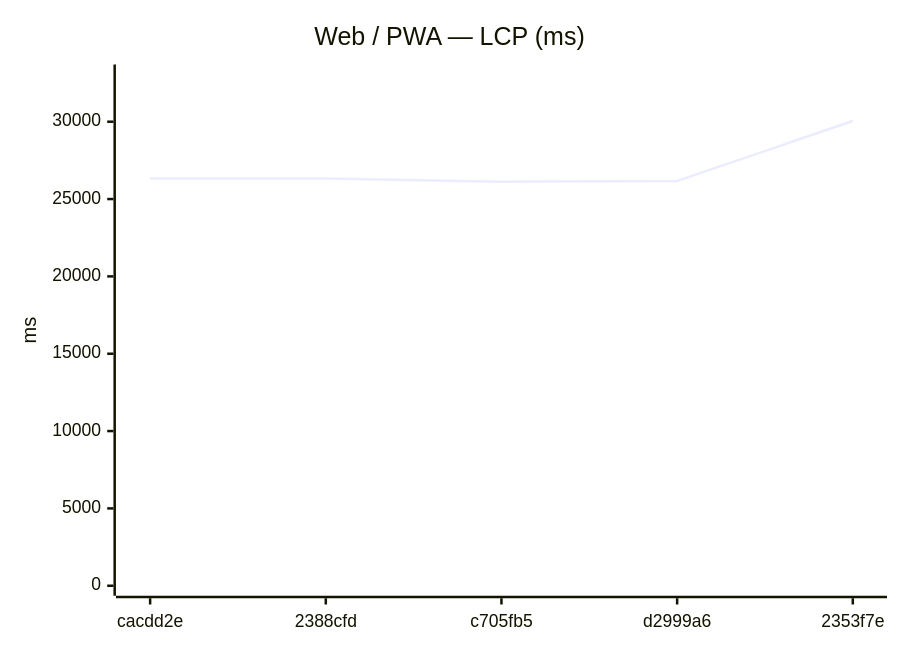
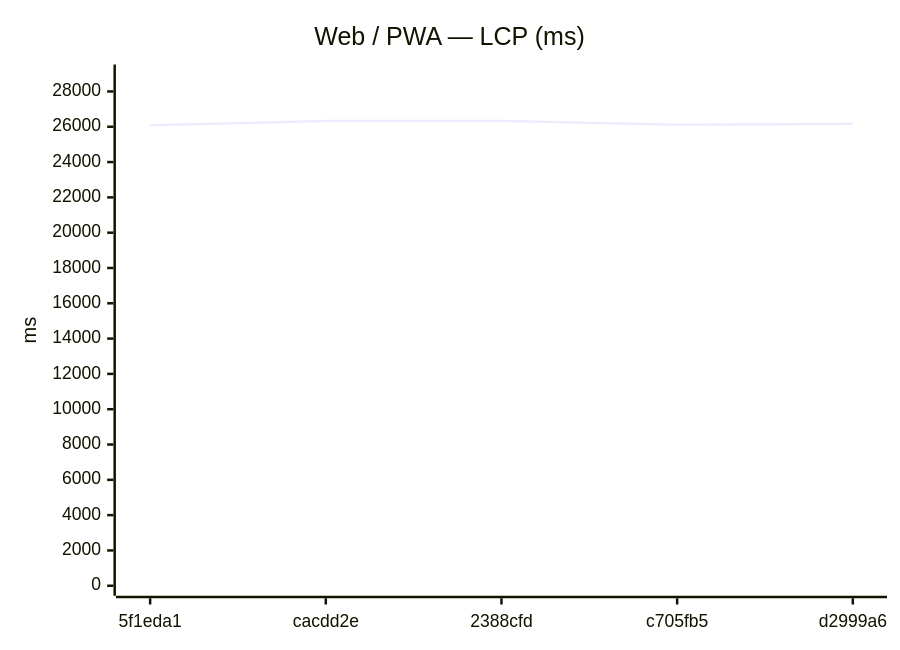
Before and after one commit to Metaheurist/Rianell: the fifth of 12 diagrams in benchmarks/compare.md, drawn with Mermaid. The commit also changed other lines of this file and 8 other files, not shown here.

````diff
--- a/benchmarks/compare.md
+++ b/benchmarks/compare.md
@@ -82,7 +82,7 @@
 ```mermaid
 xychart-beta
     title "Web / PWA — LCP (ms)"
-    x-axis ["cacdd2e", "2388cfd", "c705fb5", "d2999a6", "2353f7e"]
-    y-axis "ms" 0 --> 33052
-    line [26327, 26326, 26120, 26164, 30047]
+    x-axis ["5f1eda1", "cacdd2e", "2388cfd", "c705fb5", "d2999a6"]
+    y-axis "ms" 0 --> 28960
+    line [26085, 26327, 26326, 26120, 26164]
 ```
````
